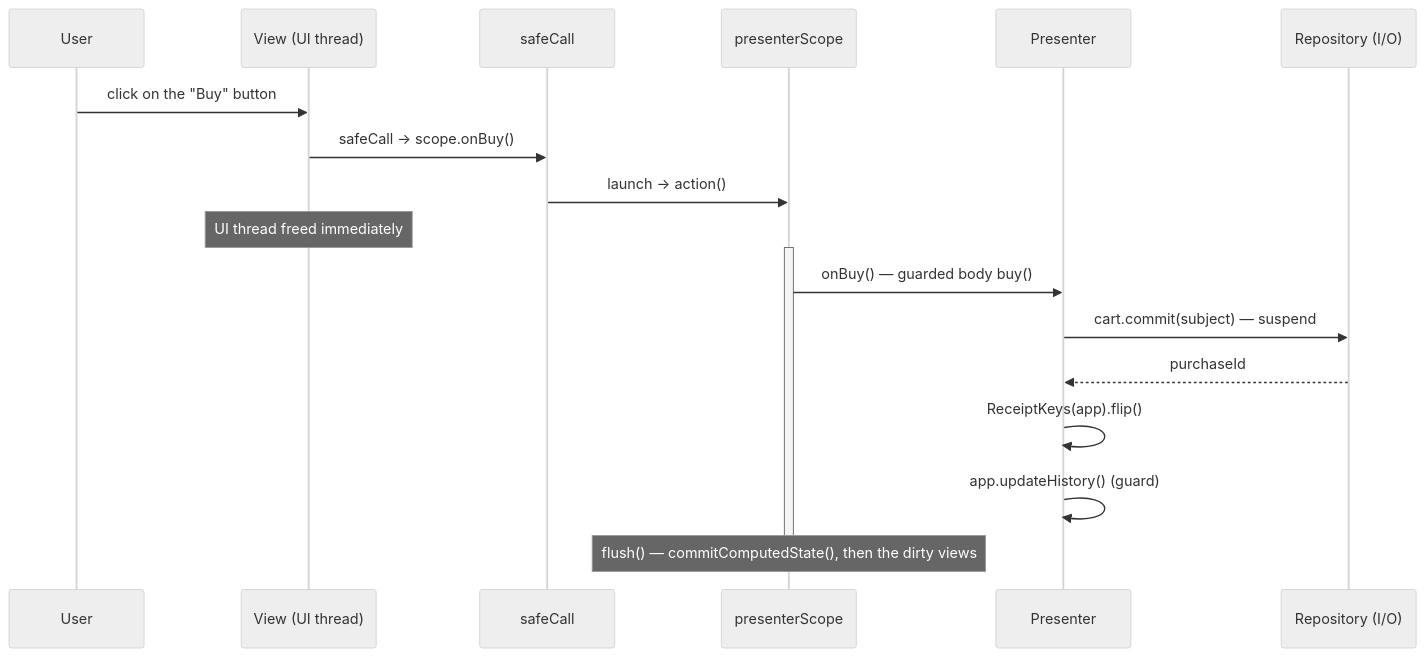
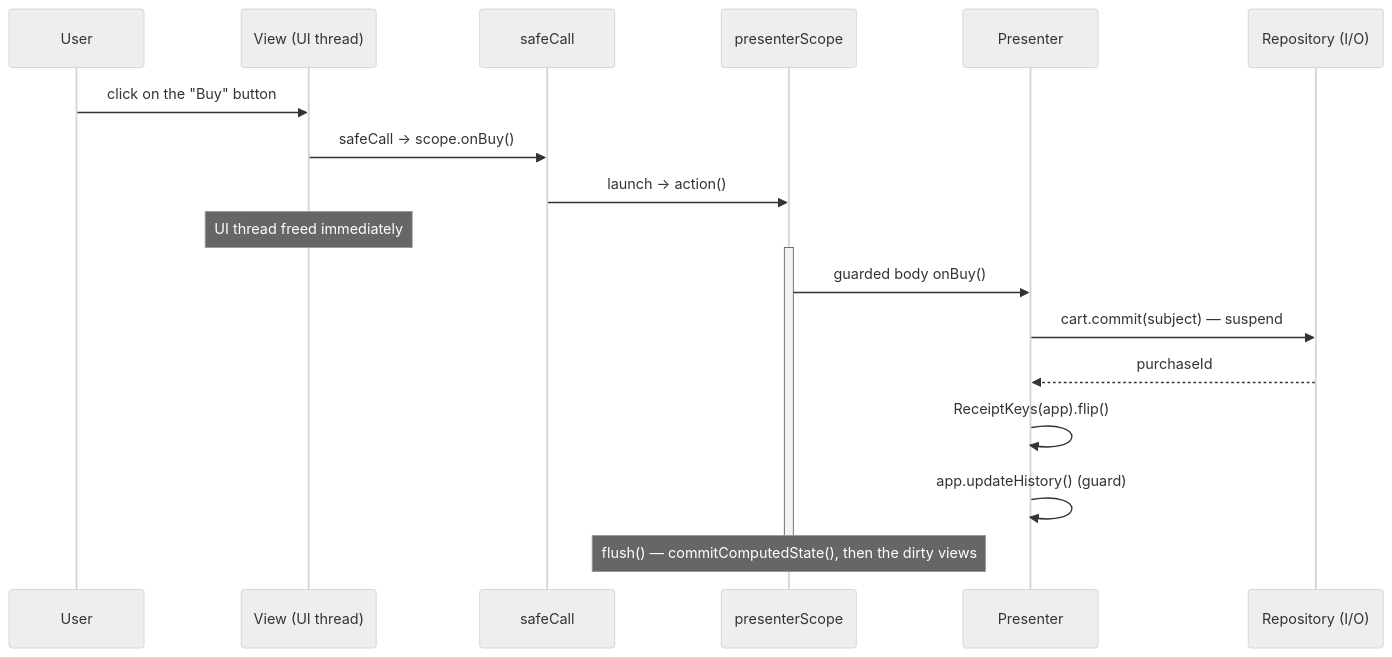
Diagram 13 of 19 in docs/architecture-cube.md (mrcdom/wdc-cube-kotlin), drawn with Mermaid (neutral theme) before and after one commit. The commit also changed other lines of this file and 38 other files, not shown here.

````diff
--- a/docs/architecture-cube.md
+++ b/docs/architecture-cube.md
@@ -872,23 +872,23 @@
 ```mermaid
 sequenceDiagram
     participant User as User
     participant View as View (UI thread)
     participant Safe as safeCall
     participant Scope as presenterScope
     participant Pres as Presenter
     participant Repo as Repository (I/O)
 
     User->>View: click on the "Buy" button
     View->>Safe: safeCall → scope.onBuy()
     Safe->>Scope: launch → action()
     Note over View: UI thread freed immediately
 
     activate Scope
-    Scope->>Pres: onBuy() — guarded body buy()
+    Scope->>Pres: guarded body onBuy()
     Pres->>Repo: cart.commit(subject) — suspend
     Repo-->>Pres: purchaseId
     Pres->>Pres: ReceiptKeys(app).flip()
     Pres->>Pres: app.updateHistory() (guard)
     Note over Scope: flush() — commitComputedState(), then the dirty views
     deactivate Scope
 ```
````
